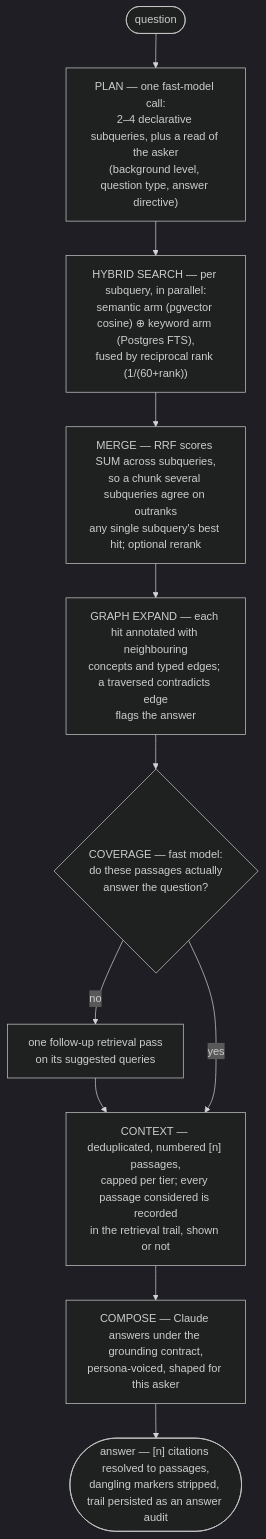
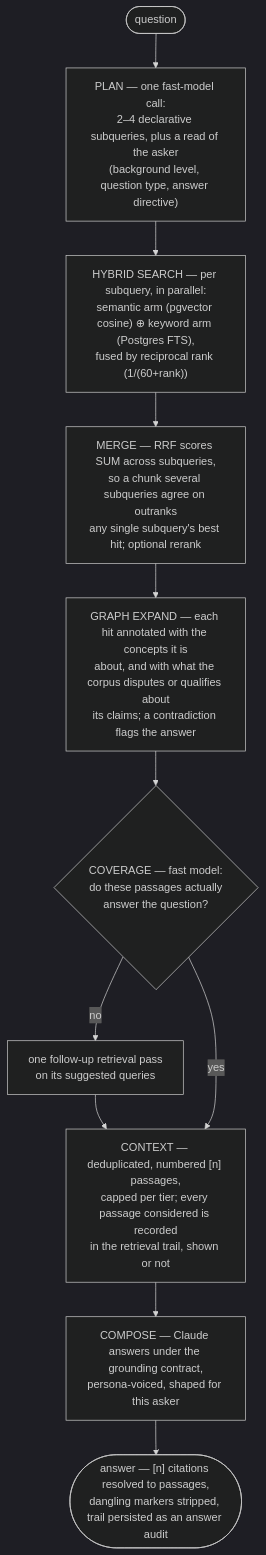
One commit to F0xhopper/Peritus changed the fifth of 7 diagrams in docs/README.md. Above: the diagram before and after it, drawn with Mermaid (dark theme). The commit also changed other lines of this file and 233 other files, not shown here.

````diff
--- a/docs/README.md
+++ b/docs/README.md
@@ -160,12 +166,12 @@
 ```mermaid
 flowchart TD
     Q(["question"]) --> PL["PLAN — one fast-model call:<br/>2–4 declarative subqueries, plus a read of the asker<br/>(background level, question type, answer directive)"]
     PL --> HS["HYBRID SEARCH — per subquery, in parallel:<br/>semantic arm (pgvector cosine) ⊕ keyword arm (Postgres FTS),<br/>fused by reciprocal rank (1/(60+rank))"]
     HS --> MG["MERGE — RRF scores SUM across subqueries,<br/>so a chunk several subqueries agree on outranks<br/>any single subquery's best hit; optional rerank"]
-    MG --> GE["GRAPH EXPAND — each hit annotated with neighbouring<br/>concepts and typed edges; a traversed contradicts edge<br/>flags the answer"]
+    MG --> GE["GRAPH EXPAND — each hit annotated with the concepts it is<br/>about, and with what the corpus disputes or qualifies about<br/>its claims; a contradiction flags the answer"]
     GE --> CV{"COVERAGE — fast model:<br/>do these passages actually<br/>answer the question?"}
     CV -- "no" --> FU["one follow-up retrieval pass<br/>on its suggested queries"] --> CTX
     CV -- "yes" --> CTX["CONTEXT — deduplicated, numbered [n] passages,<br/>capped per tier; every passage considered is recorded<br/>in the retrieval trail, shown or not"]
     CTX --> CO["COMPOSE — Claude answers under the grounding contract,<br/>persona-voiced, shaped for this asker"]
     CO --> AN(["answer — [n] citations resolved to passages,<br/>dangling markers stripped, trail persisted as an answer audit"])
 ```
````
